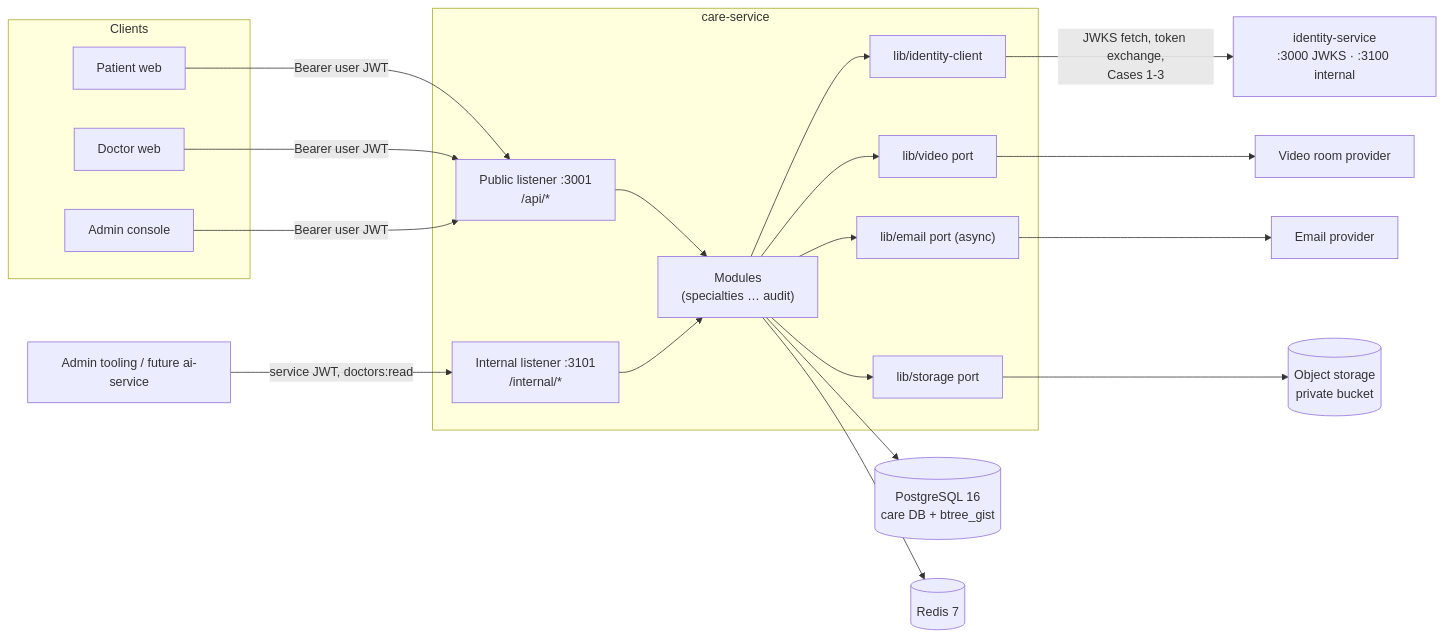
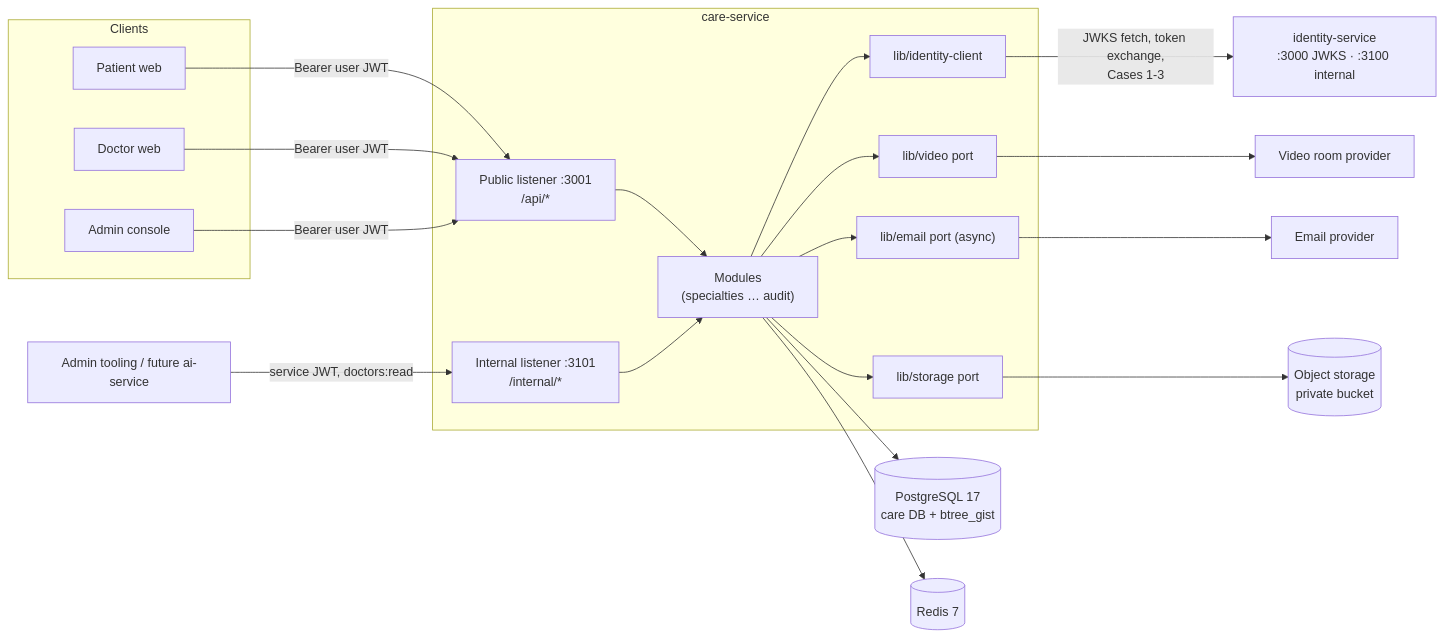
One commit to OmarRedaX/vcare-care-api changed the first of 2 diagrams in docs/architecture/overview.md. Above: the diagram before and after it, drawn with Mermaid. The commit also changed other lines of this file and 15 other files, not shown here.

````diff
--- a/docs/architecture/overview.md
+++ b/docs/architecture/overview.md
@@ -22,39 +22,39 @@
 ```mermaid
 flowchart LR
     subgraph clients[Clients]
         P[Patient web]
         D[Doctor web]
         A[Admin console]
     end
     subgraph care[care-service]
         PUB["Public listener :3001<br/>/api/*"]
         INT["Internal listener :3101<br/>/internal/*"]
         CORE["Modules<br/>(specialties … audit)"]
         IC["lib/identity-client"]
         VID["lib/video port"]
         MAIL["lib/email port (async)"]
         STO["lib/storage port"]
     end
-    PG[("PostgreSQL 16<br/>care DB + btree_gist")]
+    PG[("PostgreSQL 17<br/>care DB + btree_gist")]
     R[("Redis 7")]
     OBJ[("Object storage<br/>private bucket")]
     IDP["identity-service<br/>:3000 JWKS · :3100 internal"]
     VP["Video room provider"]
     EP["Email provider"]
     TOOL["Admin tooling / future ai-service"]
 
     P & D & A -->|Bearer user JWT| PUB
     TOOL -->|service JWT, doctors:read| INT
     PUB --> CORE
     INT --> CORE
     CORE --> PG
     CORE --> R
     CORE --> IC
     CORE --> VID
     CORE --> MAIL
     CORE --> STO
     IC -->|JWKS fetch, token exchange,<br/>Cases 1-3| IDP
     VID --> VP
     MAIL --> EP
     STO --> OBJ
 ```
````
